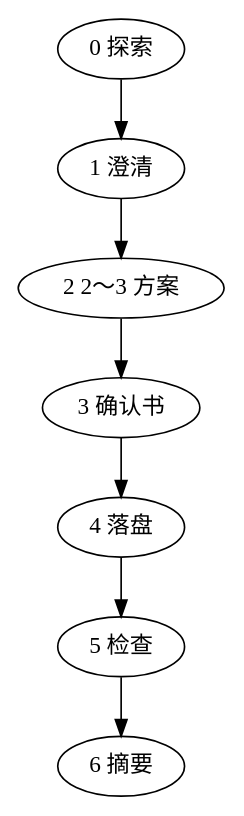
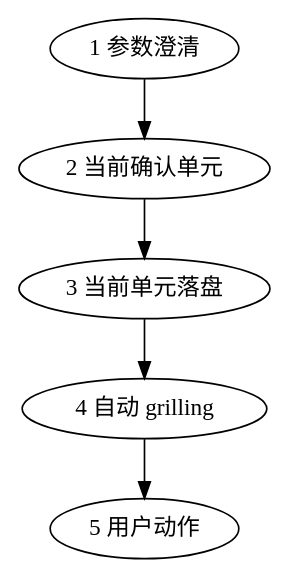
Before and after one commit to oleewen/ai-knowledge: the diagram in agent/skills/docs-archive/references/workflow.md, drawn with Graphviz. The commit also changed other lines of this file and 104 other files, not shown here.

````diff
--- a/agent/skills/docs-archive/references/workflow.md
+++ b/agent/skills/docs-archive/references/workflow.md
@@ -13,10 +13,8 @@
 ```dot
 digraph kd {
-  "0 探索" -> "1 澄清";
-  "1 澄清" -> "2 2～3 方案";
-  "2 2～3 方案" -> "3 确认书";
-  "3 确认书" -> "4 落盘";
-  "4 落盘" -> "5 检查";
-  "5 检查" -> "6 摘要";
+  "1 参数澄清" -> "2 当前确认单元";
+  "2 当前确认单元" -> "3 当前单元落盘";
+  "3 当前单元落盘" -> "4 自动 grilling";
+  "4 自动 grilling" -> "5 用户动作";
 }
 ```
````
